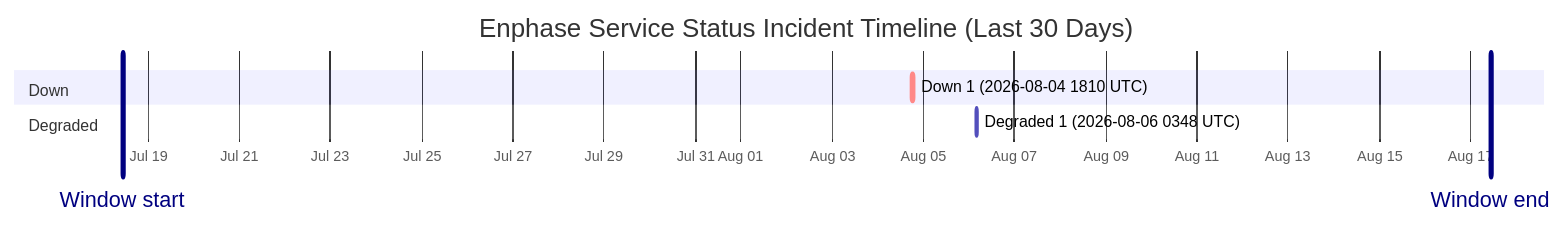
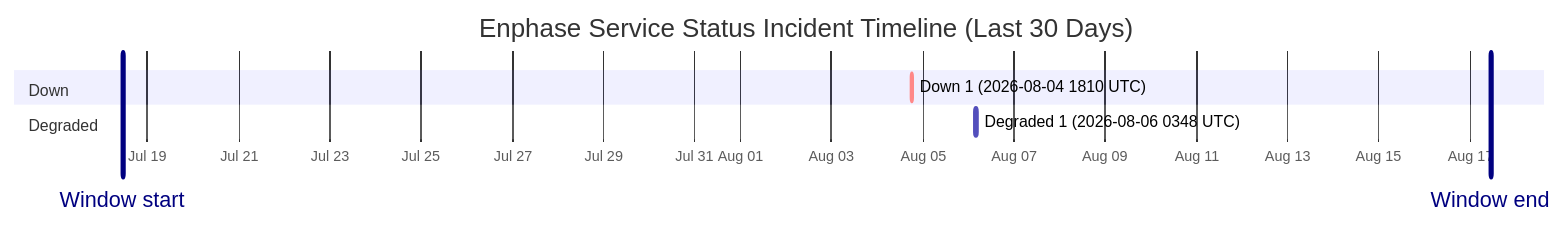
The diagram in wiki/Service-Status-History.md (barneyonline/ha-enphase-energy), drawn with Mermaid before and after one commit. The commit also changed other lines of this file and 3 other files, not shown here.

````diff
--- a/wiki/Service-Status-History.md
+++ b/wiki/Service-Status-History.md
@@ -14,12 +14,12 @@
 ```mermaid
 gantt
     title Enphase Service Status Incident Timeline (Last 30 Days)
     dateFormat  YYYY-MM-DDTHH:mm:ss
     axisFormat  %b %d
-    Window start :vert, window-start, 2026-07-18T10:30:03, 0ms
-    Window end :vert, window-end, 2026-08-17T10:30:03, 0ms
+    Window start :vert, window-start, 2026-07-18T10:58:46, 0ms
+    Window end :vert, window-end, 2026-08-17T10:58:46, 0ms
     section Down
     Down 1 (2026-08-04 1810 UTC) :crit, down-1, 2026-08-04T18:10:46, 60m
     section Degraded
     Degraded 1 (2026-08-06 0348 UTC) :active, degraded-1, 2026-08-06T03:48:14, 60m
 ```
````
